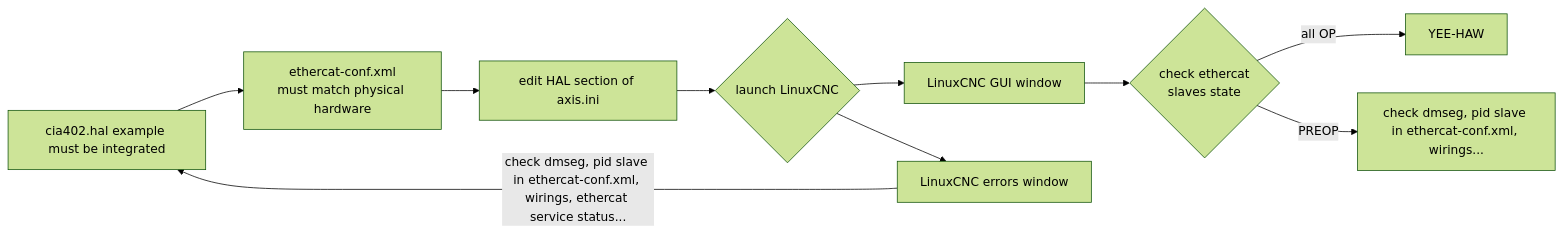
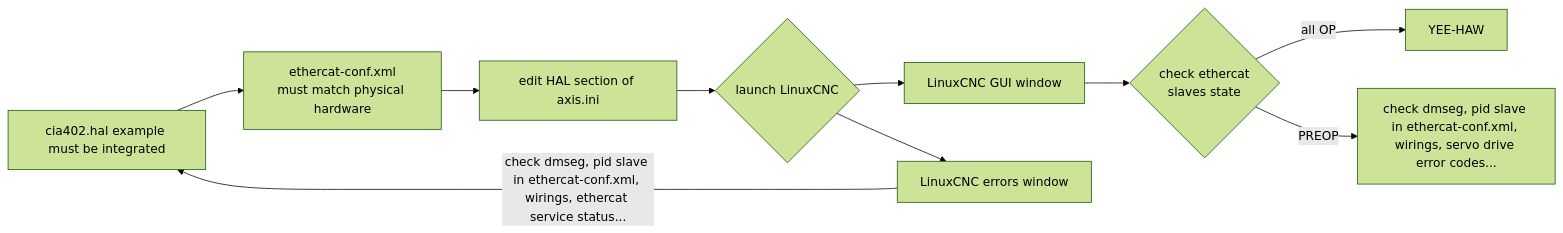
One commit to ronzinante/linuxcnc-collection changed the diagram in commissioning-linuxcnc.md. Above: the diagram before and after it, drawn with Mermaid (forest theme). The commit also changed other lines of this file and 15 other files, not shown here.

````diff
--- a/commissioning-linuxcnc.md
+++ b/commissioning-linuxcnc.md
@@ -55,12 +56,12 @@
 ```mermaid
 flowchart LR
     A[cia402.hal example must be integrated] --> A1[ethercat-conf.xml<br>must match physical hardware]
     A1 --> A3[edit HAL section of axis.ini]
     A3 --> C{launch LinuxCNC}
     C --> LGUI[LinuxCNC GUI window]
     C --> LError[LinuxCNC errors window]
     LError-->|check dmseg, pid slave in ethercat-conf.xml, wirings, ethercat service status...| A
     LGUI --> D
     D{check ethercat<br>slaves state} -->|all OP| F[YEE-HAW]
-    D -->|PREOP| E[check dmseg, pid slave in ethercat-conf.xml, wirings...]
+    D -->|PREOP| E[check dmseg, pid slave in ethercat-conf.xml, wirings, servo drive error codes...]
 ```
````
